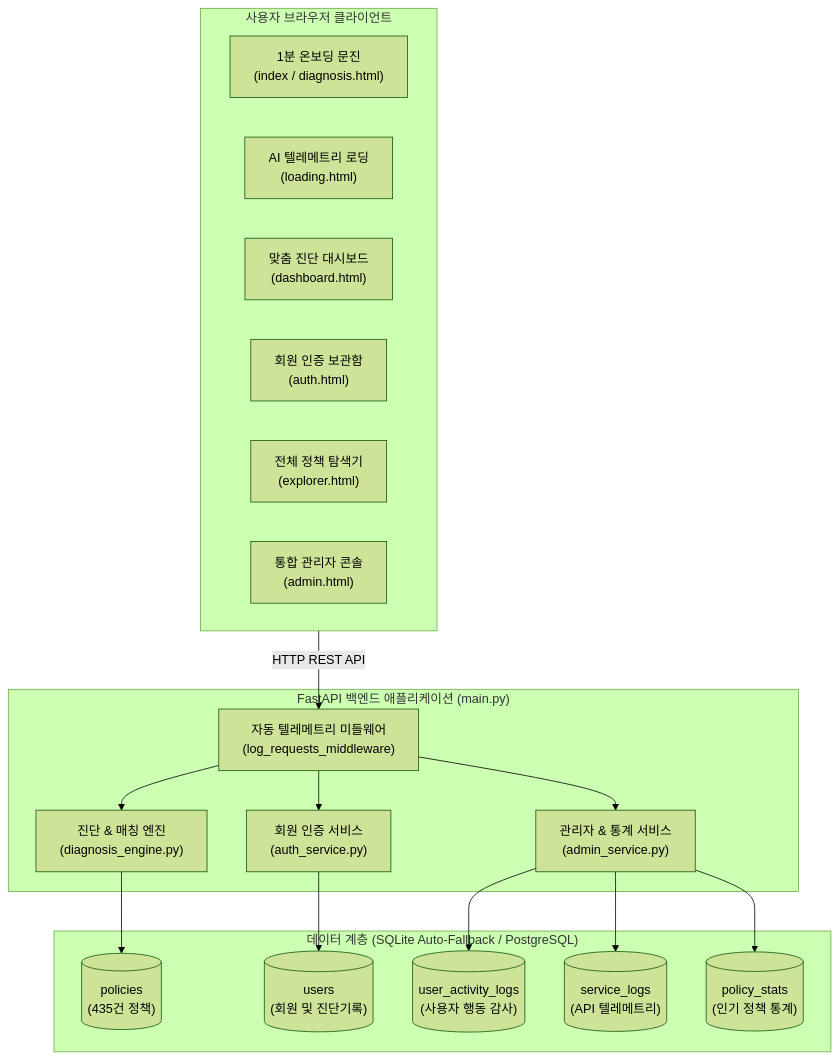
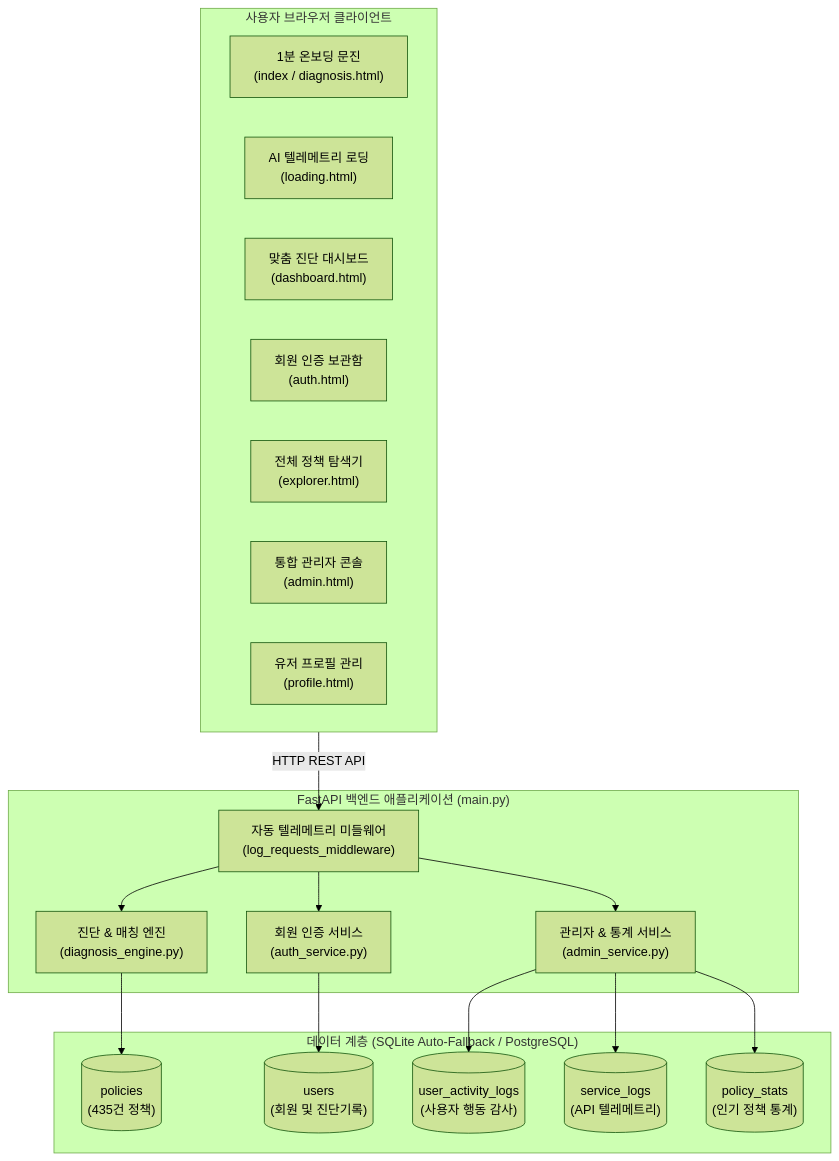
One commit to rkeuni0i/YouthFit changed the second of 2 diagrams in README.md. Above: the diagram before and after it, drawn with Mermaid (forest theme). The commit also changed other lines of this file and 7 other files, not shown here.

````diff
--- a/README.md
+++ b/README.md
@@ -271,36 +295,37 @@
 ```mermaid
 flowchart TB
     subgraph Client["사용자 브라우저 클라이언트"]
         UI1["1분 온보딩 문진<br>(index / diagnosis.html)"]
         UI2["AI 텔레메트리 로딩<br>(loading.html)"]
         UI3["맞춤 진단 대시보드<br>(dashboard.html)"]
         UI4["회원 인증 보관함<br>(auth.html)"]
         UI5["전체 정책 탐색기<br>(explorer.html)"]
         UI6["통합 관리자 콘솔<br>(admin.html)"]
+        UI7["유저 프로필 관리<br>(profile.html)"]
     end
 
     subgraph Server["FastAPI 백엔드 애플리케이션 (main.py)"]
         MW["자동 텔레메트리 미들웨어<br>(log_requests_middleware)"]
         ENG["진단 & 매칭 엔진<br>(diagnosis_engine.py)"]
         AUTH["회원 인증 서비스<br>(auth_service.py)"]
         ADM["관리자 & 통계 서비스<br>(admin_service.py)"]
     end
 
     subgraph DB["데이터 계층 (SQLite Auto-Fallback / PostgreSQL)"]
         T1[("policies<br>(435건 정책)")]
         T2[("users<br>(회원 및 진단기록)")]
         T3[("user_activity_logs<br>(사용자 행동 감사)")]
         T4[("service_logs<br>(API 텔레메트리)")]
         T5[("policy_stats<br>(인기 정책 통계)")]
     end
 
     Client -->|HTTP REST API| MW
     MW --> ENG
     MW --> AUTH
     MW --> ADM
     ENG --> T1
     AUTH --> T2
     ADM --> T3
     ADM --> T4
     ADM --> T5
 ```
````
